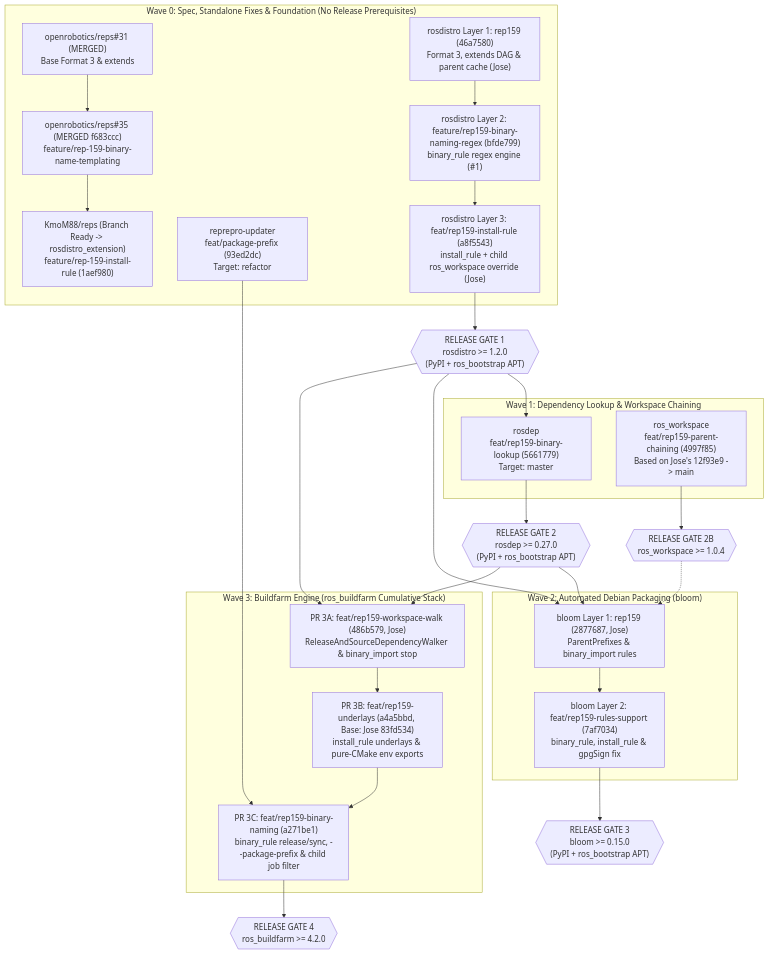
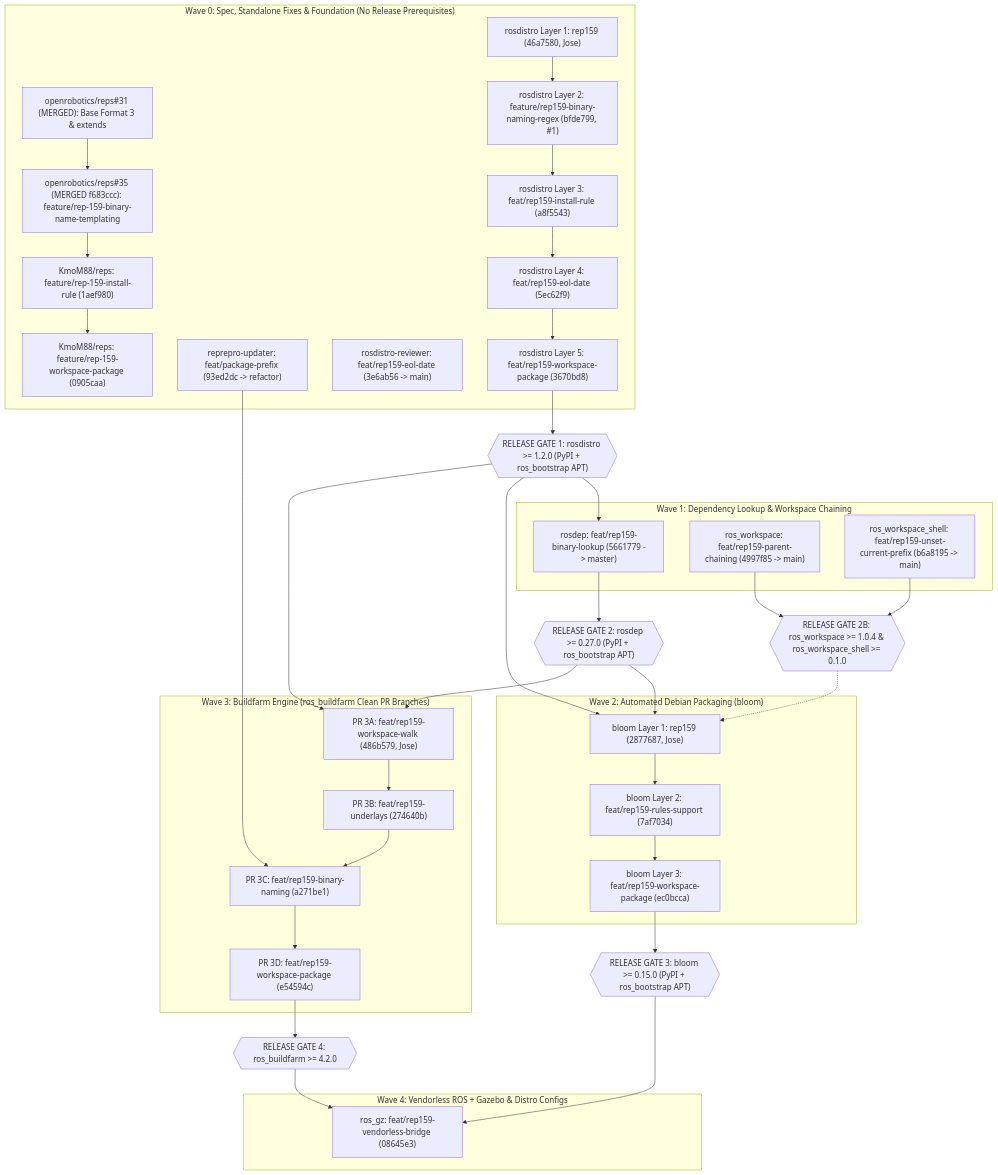
One commit to KmoM88/rep159-testing changed the first of 2 diagrams in ROLLOUT_PLAN.md. Above: the diagram before and after it, drawn with Mermaid. The commit also changed other lines of this file and 15 other files, not shown here.

Commit message:
Consolidate Stage 1-6 docs in roadmap/ with Mermaid core vs testbed diagrams, update rollout/PR plans, and sync Gist

````diff
--- a/ROLLOUT_PLAN.md
+++ b/ROLLOUT_PLAN.md
@@ -14,41 +14,56 @@
 ```mermaid
 flowchart TD
     subgraph Wave0 ["Wave 0: Spec, Standalone Fixes & Foundation (No Release Prerequisites)"]
-        REPS1["openrobotics/reps#31 (MERGED)<br/>Base Format 3 & extends"] --> REPS2["openrobotics/reps#35 (MERGED f683ccc)<br/>feature/rep-159-binary-name-templating"]
-        REPS2 --> REPS3["KmoM88/reps (Branch Ready -> rosdistro_extension)<br/>feature/rep-159-install-rule (1aef980)"]
+        REPS1["openrobotics/reps#31 (MERGED): Base Format 3 & extends"] --> REPS2["openrobotics/reps#35 (MERGED f683ccc): feature/rep-159-binary-name-templating"]
+        REPS2 --> REPS3["KmoM88/reps: feature/rep-159-install-rule (1aef980)"]
+        REPS3 --> REPS4["KmoM88/reps: feature/rep-159-workspace-package (0905caa)"]
 
-        REPREPRO["reprepro-updater<br/>feat/package-prefix (93ed2dc)<br/>Target: refactor"]
+        REPREPRO["reprepro-updater: feat/package-prefix (93ed2dc -> refactor)"]
+        REVIEWER["rosdistro-reviewer: feat/rep159-eol-date (3e6ab56 -> main)"]
 
-        RD1["rosdistro Layer 1: rep159 (46a7580)<br/>Format 3, extends DAG & parent cache (Jose)"] --> RD2["rosdistro Layer 2: feature/rep159-binary-naming-regex (bfde799)<br/>binary_rule regex engine (#1)"]
-        RD2 --> RD3["rosdistro Layer 3: feat/rep159-install-rule (a8f5543)<br/>install_rule + child ros_workspace override (Jose)"]
+        RD1["rosdistro Layer 1: rep159 (46a7580, Jose)"] --> RD2["rosdistro Layer 2: feature/rep159-binary-naming-regex (bfde799, #1)"]
+        RD2 --> RD3["rosdistro Layer 3: feat/rep159-install-rule (a8f5543)"]
+        RD3 --> RD4["rosdistro Layer 4: feat/rep159-eol-date (5ec62f9)"]
+        RD4 --> RD5["rosdistro Layer 5: feat/rep159-workspace-package (3670bd8)"]
     end
 
-    RD3 --> GATE1{{"RELEASE GATE 1<br/>rosdistro >= 1.2.0<br/>(PyPI + ros_bootstrap APT)"}}
+    RD5 --> GATE1{{"RELEASE GATE 1: rosdistro >= 1.2.0 (PyPI + ros_bootstrap APT)"}}
 
     subgraph Wave1 ["Wave 1: Dependency Lookup & Workspace Chaining"]
-        ROSDEP["rosdep<br/>feat/rep159-binary-lookup (5661779)<br/>Target: master"]
-        WS["ros_workspace<br/>feat/rep159-parent-chaining (4997f85)<br/>Based on Jose's 12f93e9 -> main"]
+        ROSDEP["rosdep: feat/rep159-binary-lookup (5661779 -> master)"]
+        WS["ros_workspace: feat/rep159-parent-chaining (4997f85 -> main)"]
+        WSS["ros_workspace_shell: feat/rep159-unset-current-prefix (b6a8195 -> main)"]
     end
 
-    GATE1 --> ROSDEP --> GATE2{{"RELEASE GATE 2<br/>rosdep >= 0.27.0<br/>(PyPI + ros_bootstrap APT)"}}
-    WS --> GATE2B{{"RELEASE GATE 2B<br/>ros_workspace >= 1.0.4"}}
+    GATE1 --> ROSDEP --> GATE2{{"RELEASE GATE 2: rosdep >= 0.27.0 (PyPI + ros_bootstrap APT)"}}
+    WS --> GATE2B{{"RELEASE GATE 2B: ros_workspace >= 1.0.4 & ros_workspace_shell >= 0.1.0"}}
+    WSS --> GATE2B
 
     subgraph Wave2 ["Wave 2: Automated Debian Packaging (bloom)"]
-        BL1["bloom Layer 1: rep159 (2877687, Jose)<br/>ParentPrefixes & binary_import rules"] --> BL2["bloom Layer 2: feat/rep159-rules-support (7af7034)<br/>binary_rule, install_rule & gpgSign fix"]
+        BL1["bloom Layer 1: rep159 (2877687, Jose)"] --> BL2["bloom Layer 2: feat/rep159-rules-support (7af7034)"]
+        BL2 --> BL3["bloom Layer 3: feat/rep159-workspace-package (ec0bcca)"]
     end
 
     GATE1 --> BL1
     GATE2 --> BL1
     GATE2B -.-> BL1
-    BL2 --> GATE3{{"RELEASE GATE 3<br/>bloom >= 0.15.0<br/>(PyPI + ros_bootstrap APT)"}}
+    BL3 --> GATE3{{"RELEASE GATE 3: bloom >= 0.15.0 (PyPI + ros_bootstrap APT)"}}
 
-    subgraph Wave3 ["Wave 3: Buildfarm Engine (ros_buildfarm Cumulative Stack)"]
-        BF1["PR 3A: feat/rep159-workspace-walk (486b579, Jose)<br/>ReleaseAndSourceDependencyWalker & binary_import stop"] --> BF2["PR 3B: feat/rep159-underlays (a4a5bbd, Base: Jose 83fd534)<br/>install_rule underlays & pure-CMake env exports"]
-        BF2 --> BF3["PR 3C: feat/rep159-binary-naming (a271be1)<br/>binary_rule release/sync, --package-prefix & child job filter"]
+    subgraph Wave3 ["Wave 3: Buildfarm Engine (ros_buildfarm Clean PR Branches)"]
+        BF1["PR 3A: feat/rep159-workspace-walk (486b579, Jose)"] --> BF2["PR 3B: feat/rep159-underlays (274640b)"]
+        BF2 --> BF3["PR 3C: feat/rep159-binary-naming (a271be1)"]
+        BF3 --> BF4["PR 3D: feat/rep159-workspace-package (e54594c)"]
     end
 
     GATE1 --> BF1
     GATE2 --> BF1
     REPREPRO --> BF3
-    BF3 --> GATE4{{"RELEASE GATE 4<br/>ros_buildfarm >= 4.2.0"}}
+    BF4 --> GATE4{{"RELEASE GATE 4: ros_buildfarm >= 4.2.0"}}
+
+    subgraph Wave4 ["Wave 4: Vendorless ROS + Gazebo & Distro Configs"]
+        ROSGZ["ros_gz: feat/rep159-vendorless-bridge (08645e3)"]
+    end
+
+    GATE3 --> ROSGZ
+    GATE4 --> ROSGZ
 ```
````
